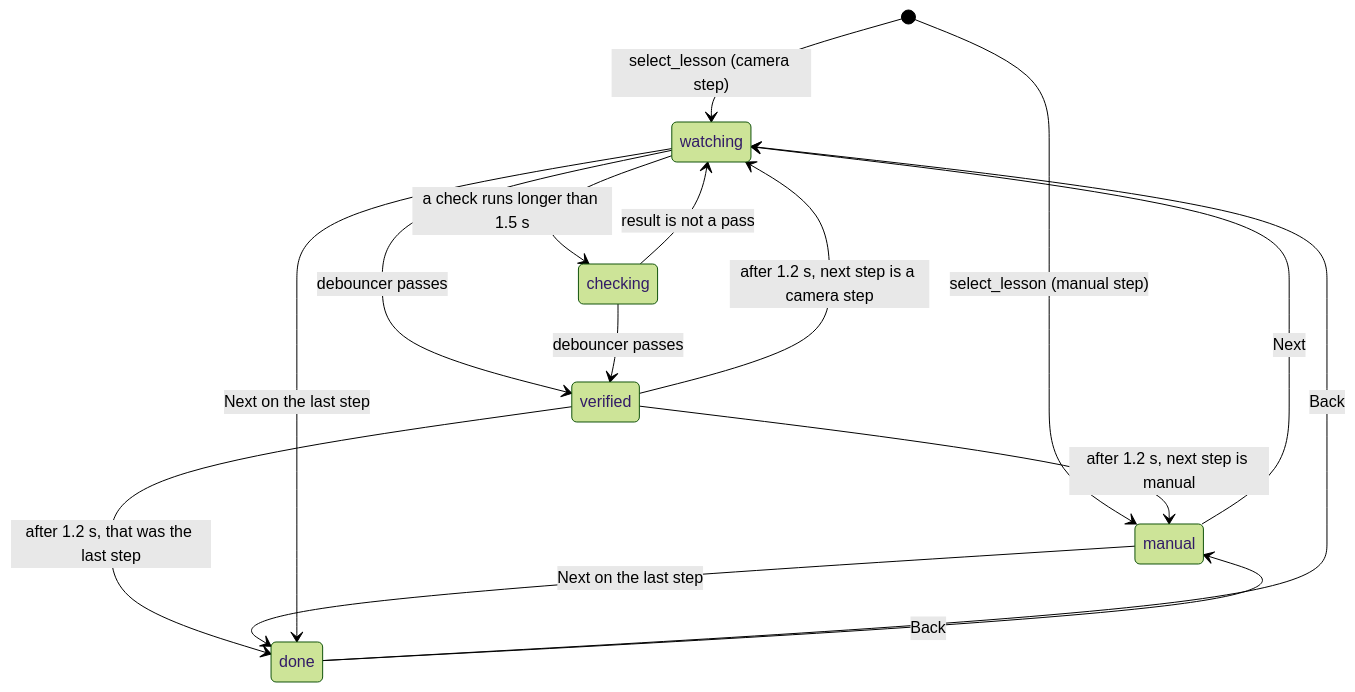
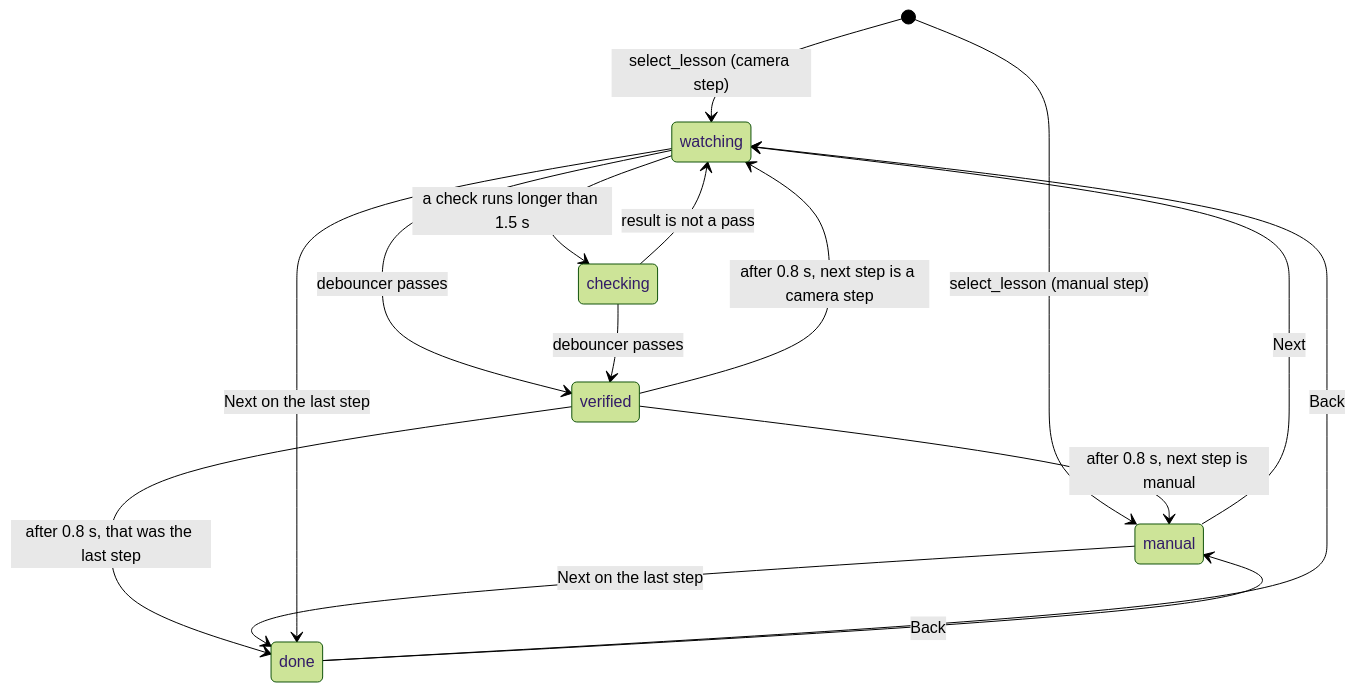
The first of 2 diagrams in server/docs/engine.md (pr4nav3/HandOver), drawn with Mermaid (forest theme) before and after one commit. The commit also changed other lines of this file and 23 other files, not shown here.

````diff
--- a/server/docs/engine.md
+++ b/server/docs/engine.md
@@ -11,17 +11,17 @@
 ```mermaid
 stateDiagram-v2
   [*] --> watching: select_lesson (camera step)
   [*] --> manual: select_lesson (manual step)
   watching --> checking: a check runs longer than 1.5 s
   checking --> watching: result is not a pass
   watching --> verified: debouncer passes
   checking --> verified: debouncer passes
-  verified --> watching: after 1.2 s, next step is a camera step
-  verified --> manual: after 1.2 s, next step is manual
-  verified --> done: after 1.2 s, that was the last step
+  verified --> watching: after 0.8 s, next step is a camera step
+  verified --> manual: after 0.8 s, next step is manual
+  verified --> done: after 0.8 s, that was the last step
   manual --> watching: Next
   manual --> done: Next on the last step
   watching --> done: Next on the last step
   done --> watching: Back
   done --> manual: Back
 ```
````
